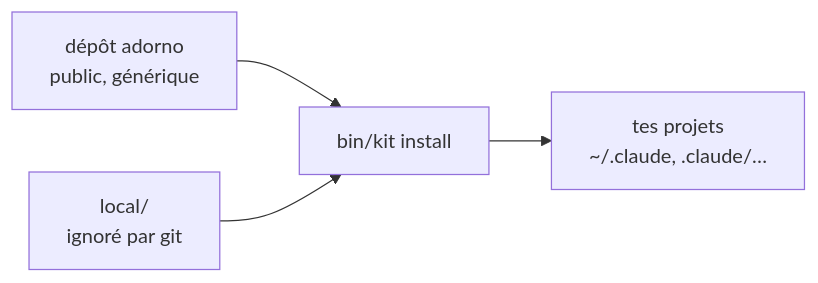
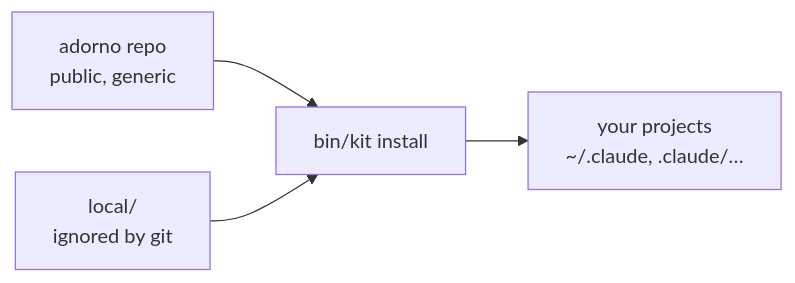
The fourth of 4 diagrams in README.md (nicolasmondain/adorno), drawn with Mermaid before and after one commit. The commit also changed other lines of this file and 379 other files, not shown here.

````diff
--- a/README.md
+++ b/README.md
@@ -98,6 +98,6 @@
 ```mermaid
 flowchart LR
-  P["dépôt adorno<br/>public, générique"] --> K["bin/kit install"]
-  L["local/<br/>ignoré par git"] --> K
-  K --> X["tes projets<br/>~/.claude, .claude/…"]
+  P["adorno repo<br/>public, generic"] --> K["bin/kit install"]
+  L["local/<br/>ignored by git"] --> K
+  K --> X["your projects<br/>~/.claude, .claude/…"]
 ```
````
